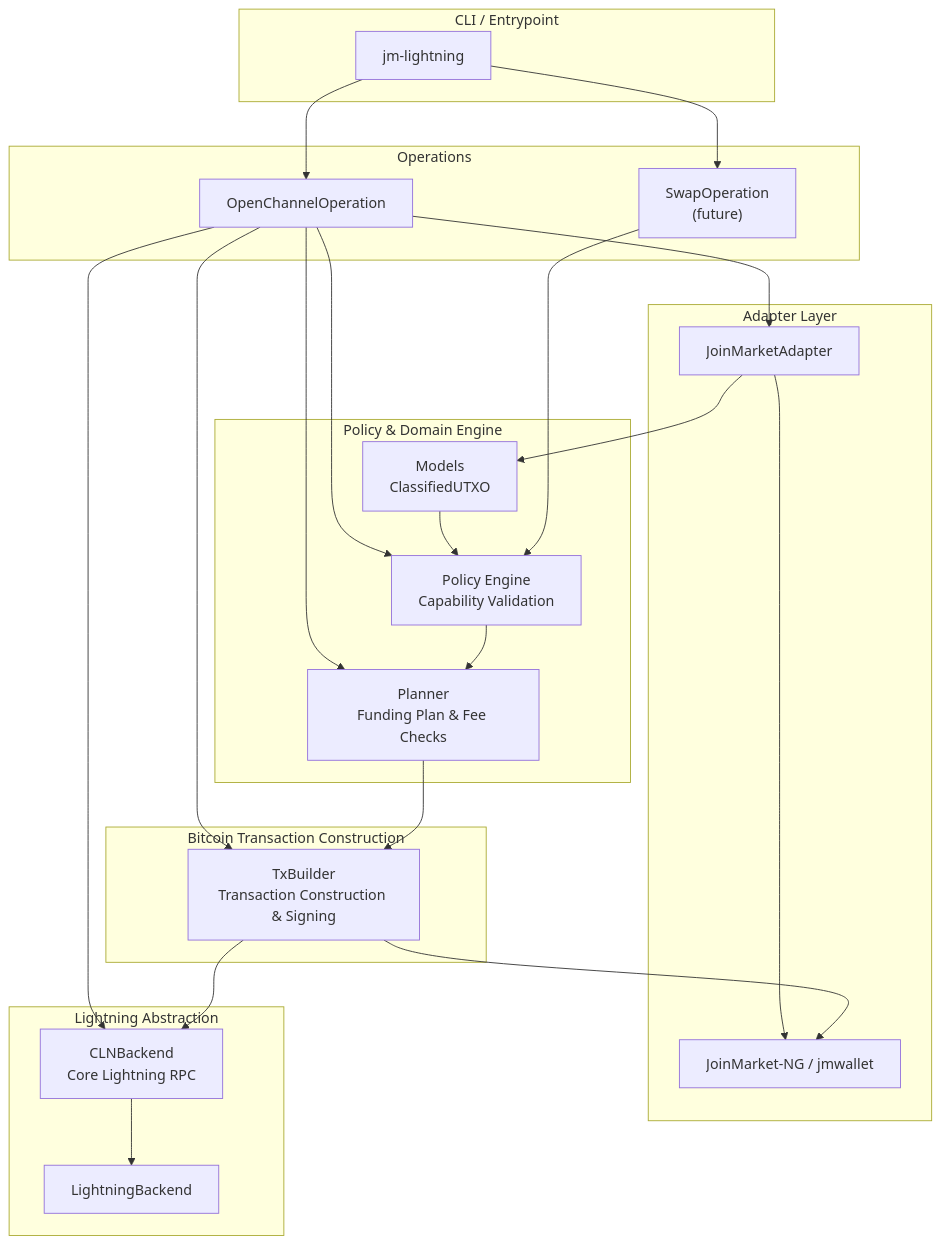
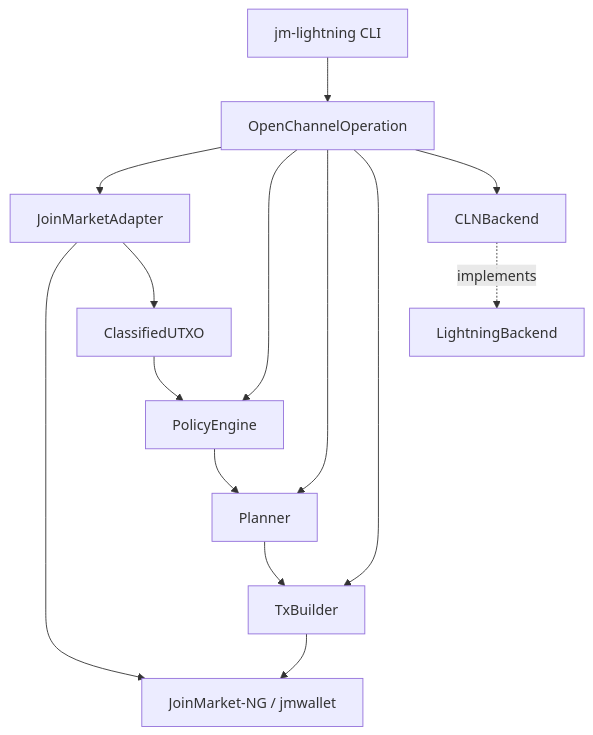
The first of 2 diagrams in README.md (aido/jmlightning), drawn with Mermaid before and after one commit. The commit also changed other lines of this file, not shown here.

````diff
--- a/README.md
+++ b/README.md
@@ -96,52 +234,17 @@
 ```mermaid
 graph TD
-    subgraph CLI ["CLI / Entrypoint"]
-        CMD["jm-lightning"]
-    end
+    CLI["jm-lightning CLI"] --> OP["OpenChannelOperation"]
+    OP --> JMA["JoinMarketAdapter"]
+    OP --> POLICY["PolicyEngine"]
+    OP --> PLANNER["Planner"]
+    OP --> TX["TxBuilder"]
+    OP --> CLN["CLNBackend"]
 
-    subgraph Operations ["Operations"]
-        OPEN["OpenChannelOperation"]
-        SWAP["SwapOperation<br/>(future)"]
-    end
-
-    subgraph Adapters ["Adapter Layer"]
-        JMA["JoinMarketAdapter"]
-        JMW["JoinMarket-NG / jmwallet"]
-    end
-
-    subgraph Core ["Policy & Domain Engine"]
-        MODELS["Models<br/>ClassifiedUTXO"]
-        POLICY["Policy Engine<br/>Capability Validation"]
-        PLANNER["Planner<br/>Funding Plan & Fee Checks"]
-    end
-
-    subgraph Lightning ["Lightning Abstraction"]
-        LBACKEND["LightningBackend"]
-        CLN["CLNBackend<br/>Core Lightning RPC"]
-    end
-
-    subgraph Execution ["Bitcoin Transaction Construction"]
-        TXB["TxBuilder<br/>Transaction Construction & Signing"]
-    end
-
-    CMD --> OPEN
-    CMD --> SWAP
-
-    OPEN --> JMA
-    OPEN --> POLICY
-    OPEN --> PLANNER
-    OPEN --> TXB
-    OPEN --> CLN
-
-    JMA --> JMW
-    JMA --> MODELS
-    MODELS --> POLICY
+    JMA --> JM["JoinMarket-NG / jmwallet"]
+    JMA --> MODEL["ClassifiedUTXO"]
+    MODEL --> POLICY
     POLICY --> PLANNER
-    PLANNER --> TXB
-    TXB --> JMW
-    TXB --> CLN
-
-    SWAP --> POLICY
-
-    CLN --> LBACKEND
+    PLANNER --> TX
+    TX --> JM
+    CLN -. implements .-> LB["LightningBackend"]
 ```
````
